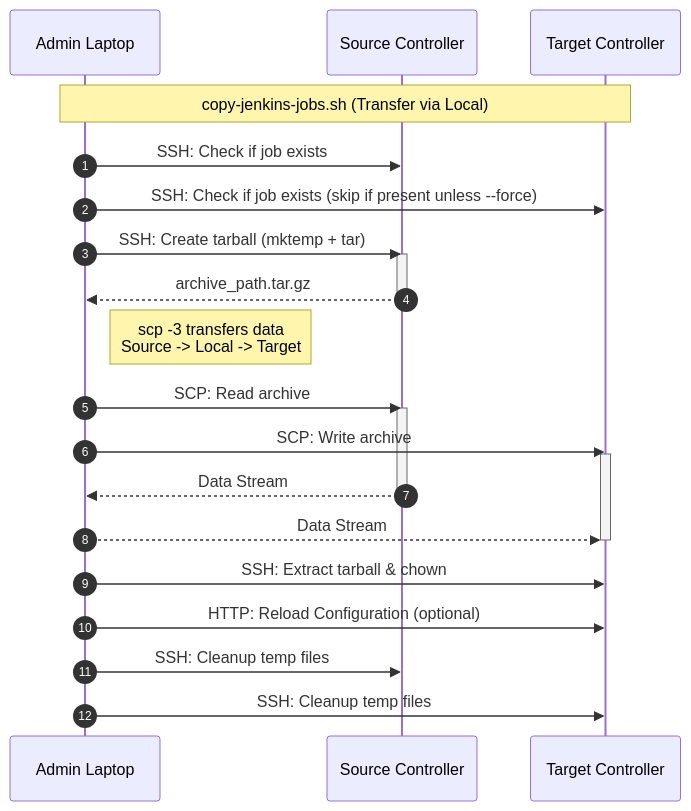
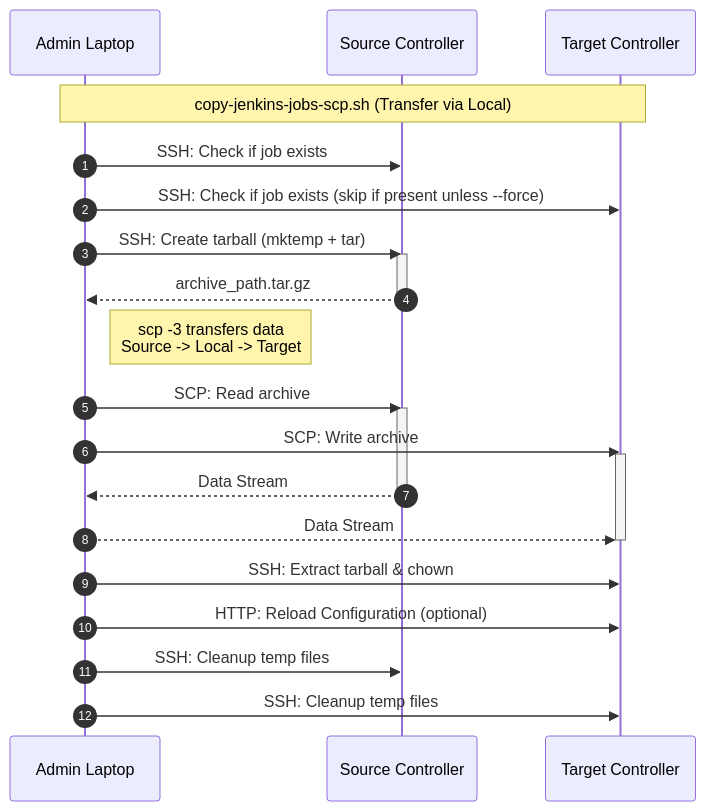
The first of 2 diagrams in README.md (cb-ci/ci-traditional-copy-jobs), drawn with Mermaid before and after one commit. The commit also changed other lines of this file and 4 other files, not shown here.

````diff
--- a/README.md
+++ b/README.md
@@ -18,33 +18,33 @@
 ```mermaid
 sequenceDiagram
     autonumber
     participant Local as Admin Laptop
     participant Source as Source Controller
     participant Target as Target Controller
 
-    note over Local, Target: copy-jenkins-jobs.sh (Transfer via Local)
+    note over Local, Target: copy-jenkins-jobs-scp.sh (Transfer via Local)
 
     Local->>Source: SSH: Check if job exists
     Local->>Target: SSH: Check if job exists (skip if present unless --force)
     
     Local->>Source: SSH: Create tarball (mktemp + tar)
     activate Source
     Source-->>Local: archive_path.tar.gz
     deactivate Source
 
     note right of Local: scp -3 transfers data<br/>Source -> Local -> Target
     Local->>Source: SCP: Read archive
     activate Source
     Local->>Target: SCP: Write archive
     activate Target
     Source-->>Local: Data Stream
     deactivate Source
     Local-->>Target: Data Stream
     deactivate Target
 
     Local->>Target: SSH: Extract tarball & chown
     Local->>Target: HTTP: Reload Configuration (optional)
     
     Local->>Source: SSH: Cleanup temp files
     Local->>Target: SSH: Cleanup temp files
 ```
````
